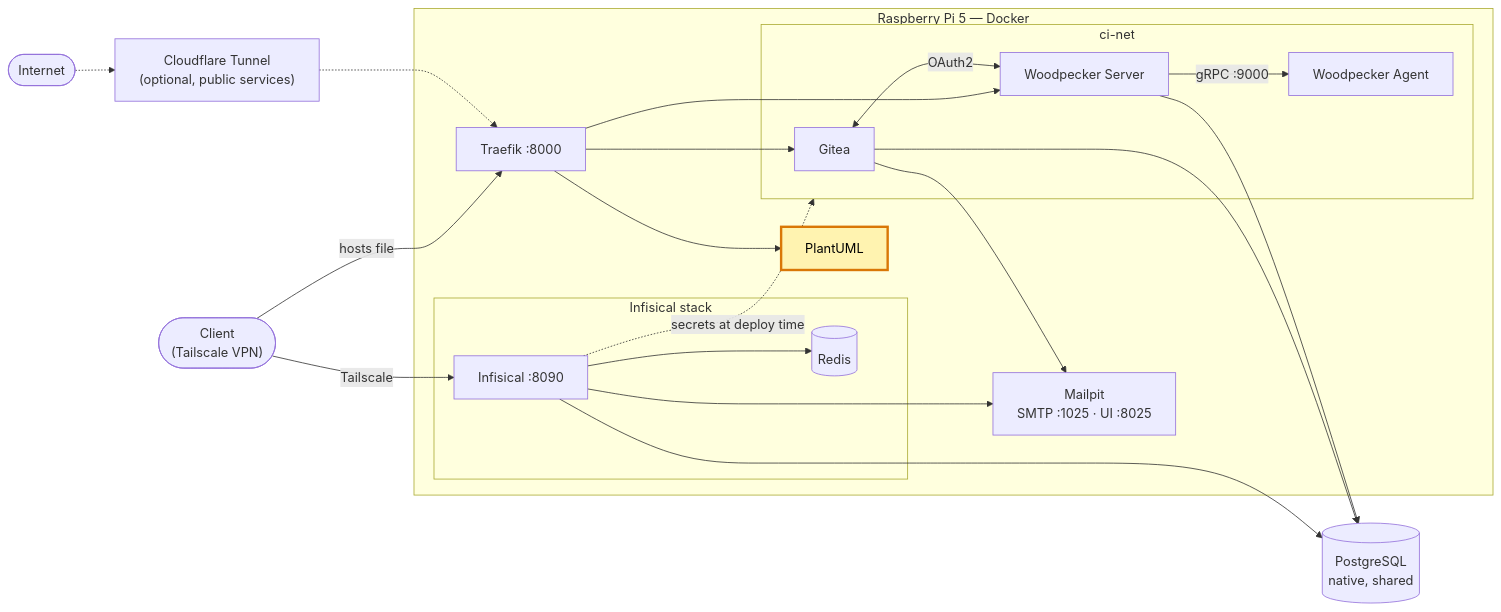
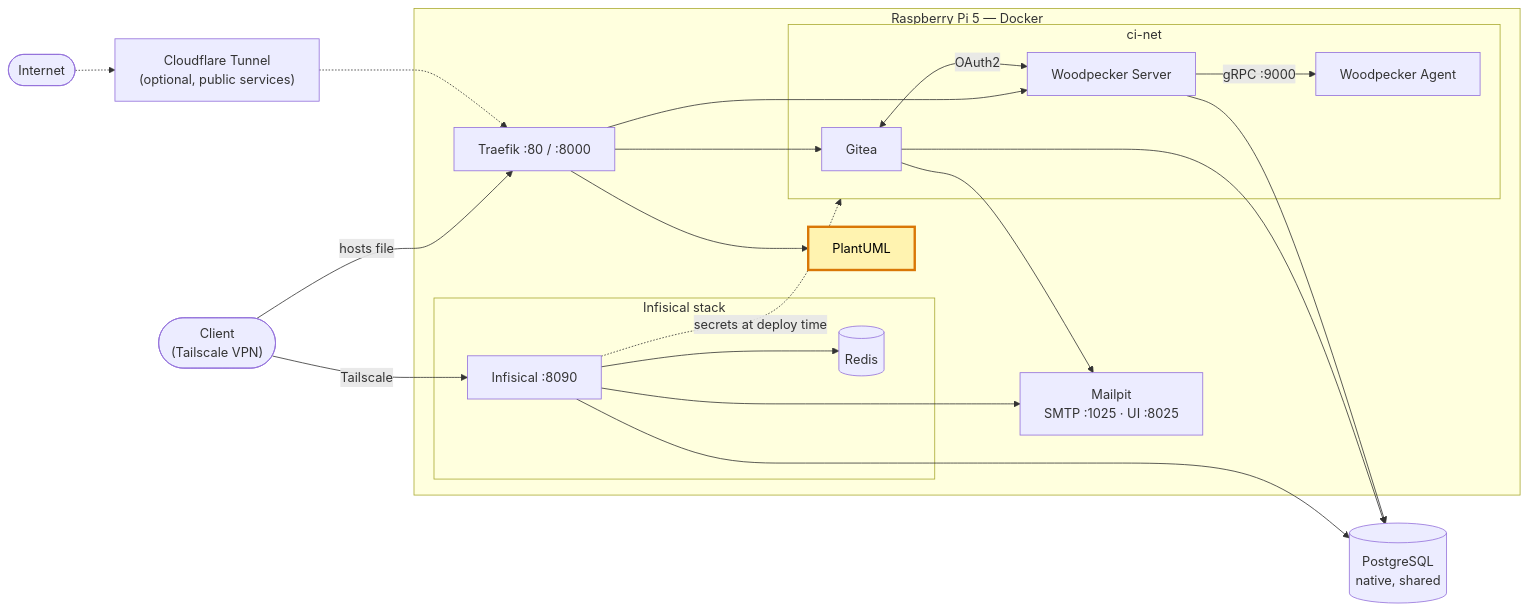
The diagram in README.fr.md (Alithiel31/plantuml-traefik), drawn with Mermaid before and after one commit. The commit also changed 1 other file, not shown here.

Commit message:
docs: update Traefik ports in the architecture diagram

````diff
--- a/README.fr.md
+++ b/README.fr.md
@@ -17,35 +17,35 @@
 ```mermaid
 flowchart LR
     client(["Client<br/>(Tailscale VPN)"])
     internet(["Internet"])
     cf["Cloudflare Tunnel<br/>(optional, public services)"]
     subgraph pi ["Raspberry Pi 5 — Docker"]
-        traefik["Traefik :8000"]
+        traefik["Traefik :80 / :8000"]
         subgraph ci ["ci-net"]
             gitea["Gitea"]
             wps["Woodpecker Server"]
             wpa["Woodpecker Agent"]
         end
         plantuml["PlantUML"]
         mailpit["Mailpit<br/>SMTP :1025 · UI :8025"]
         subgraph vault ["Infisical stack"]
             infisical["Infisical :8090"]
             redis[("Redis")]
         end
     end
     pg[("PostgreSQL<br/>native, shared")]
 
     client -->|"hosts file"| traefik
     internet -.-> cf -.-> traefik
     traefik --> gitea & wps & plantuml
     gitea <-->|OAuth2| wps
     wps -->|"gRPC :9000"| wpa
     gitea & wps & infisical --> pg
     infisical --> redis
     infisical & gitea --> mailpit
     client -->|"Tailscale"| infisical
     infisical -.->|"secrets at deploy time"| ci
 
     classDef current fill:#fff3b0,stroke:#d97706,stroke-width:3px,color:#000
     class plantuml current
 ```
````
